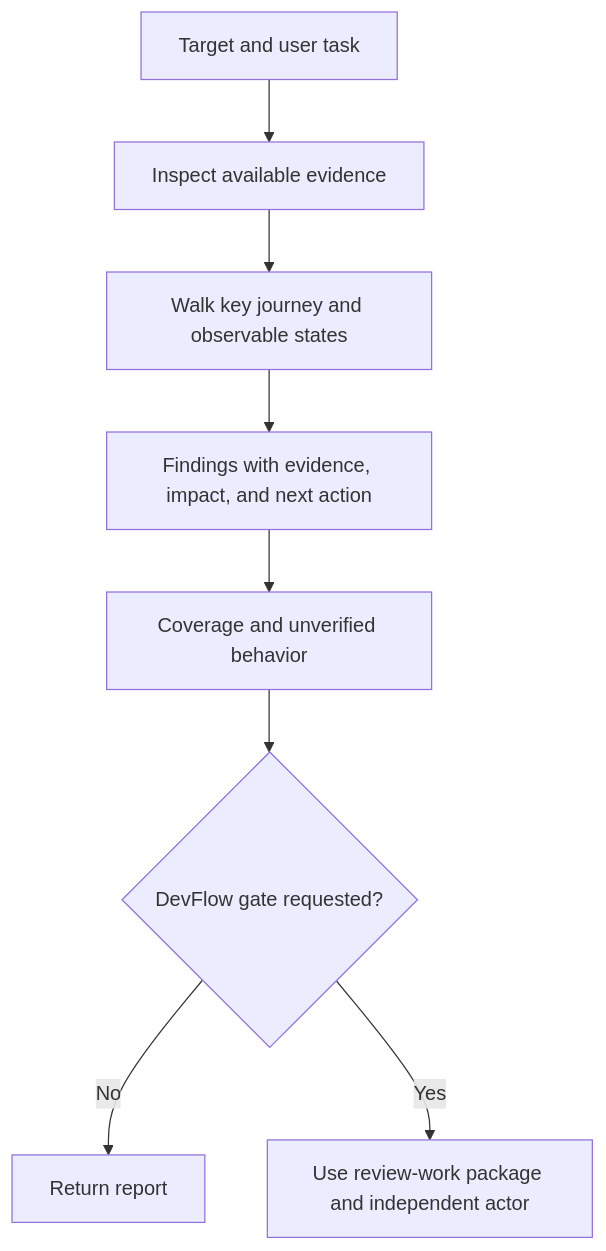
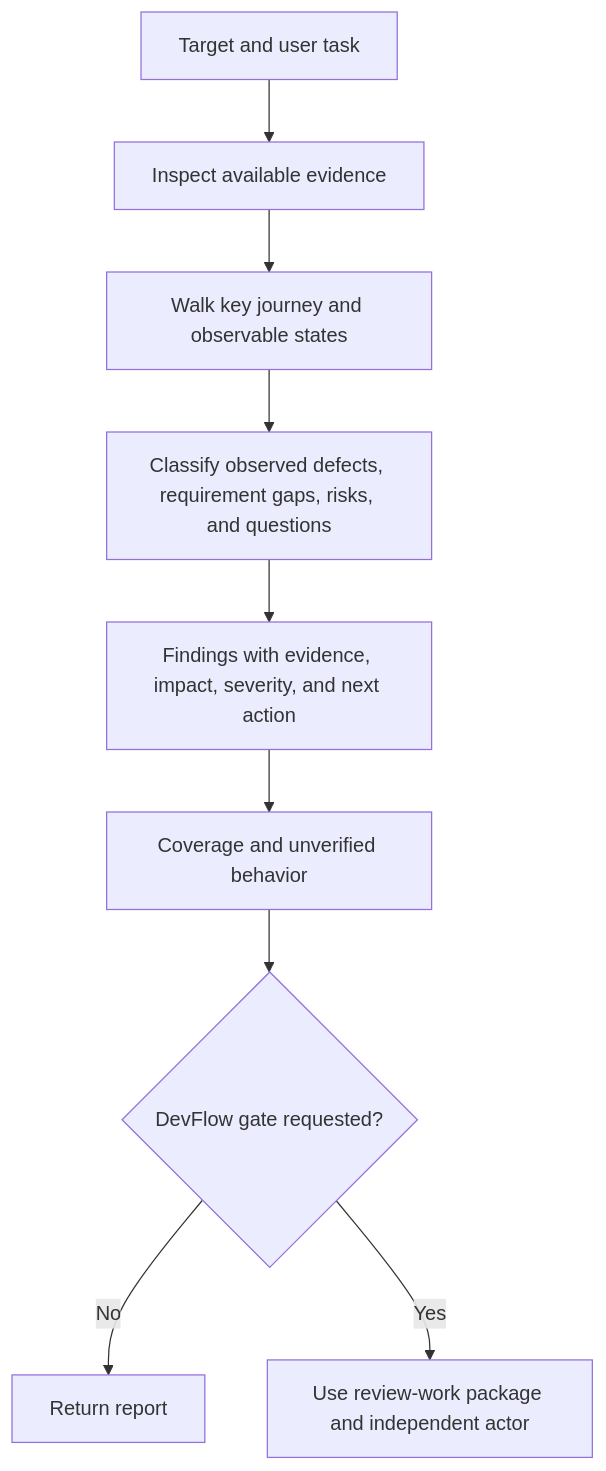
Before and after one commit to wgentil/devflow: the diagram in skills/ux-reviewer/GUIDE.md, drawn with Mermaid. The commit also changed other lines of this file and 4 other files, not shown here.

Commit message:
Clarify UX finding classification and impact severity

````diff
--- a/skills/ux-reviewer/GUIDE.md
+++ b/skills/ux-reviewer/GUIDE.md
@@ -11,10 +11,11 @@
 ```mermaid
 flowchart TD
     Target[Target and user task] --> Inspect[Inspect available evidence]
     Inspect --> Tasks[Walk key journey and observable states]
-    Tasks --> Report[Findings with evidence, impact, and next action]
+    Tasks --> Classify[Classify observed defects, requirement gaps, risks, and questions]
+    Classify --> Report[Findings with evidence, impact, severity, and next action]
     Report --> Limits[Coverage and unverified behavior]
     Limits --> Formal{DevFlow gate requested?}
     Formal -->|No| Return[Return report]
     Formal -->|Yes| Package[Use review-work package and independent actor]
 ```
````
